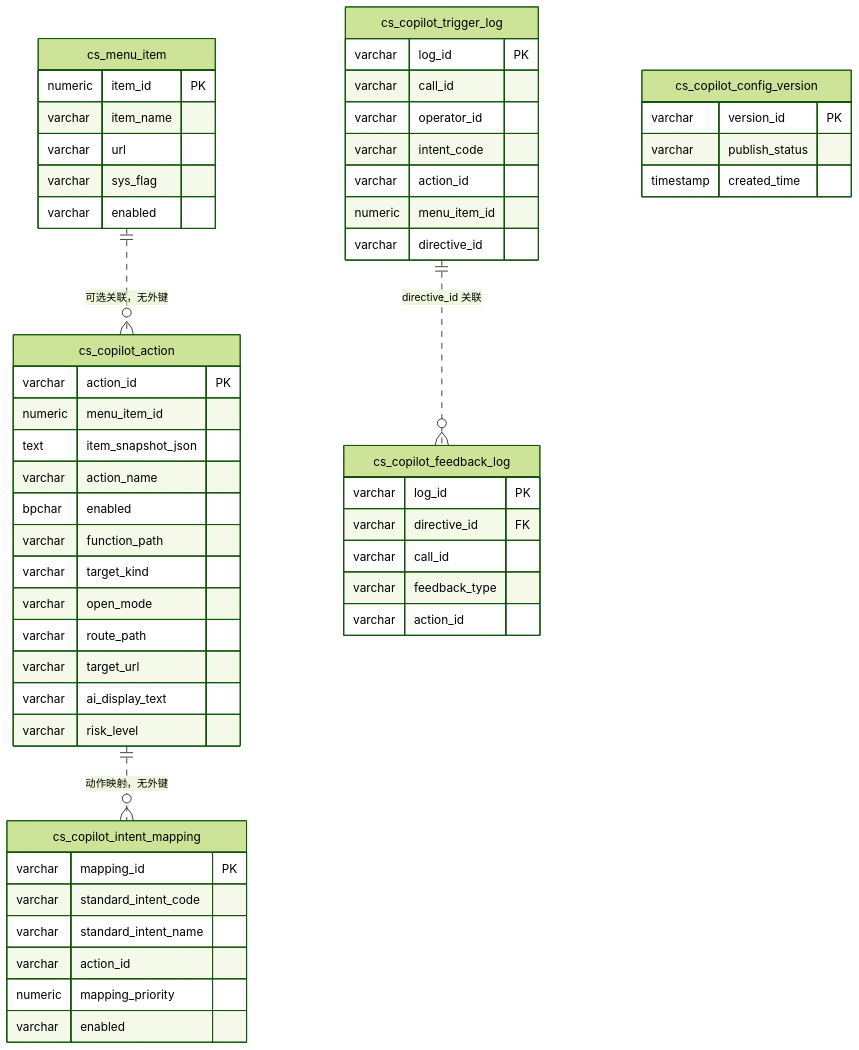
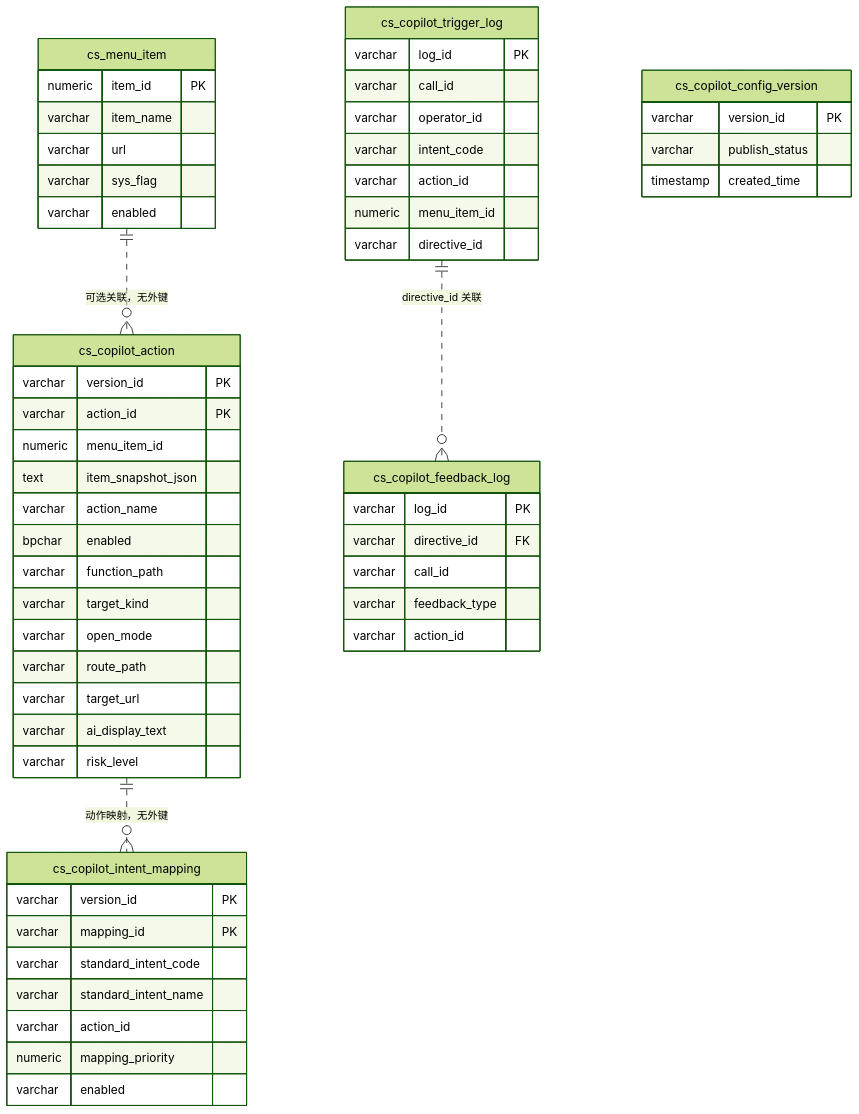
Before and after one commit to qzz617/copilot: diagram 18 of 24 in cs-copilot-service/docs/dd-v1.2.md, drawn with Mermaid (forest theme). The commit also changed other lines of this file and 17 other files, not shown here.

````diff
--- a/cs-copilot-service/docs/dd-v1.2.md
+++ b/cs-copilot-service/docs/dd-v1.2.md
@@ -2502,62 +2502,64 @@
 ```mermaid
 erDiagram
     cs_menu_item ||..o{ cs_copilot_action : "可选关联，无外键"
     cs_copilot_action ||..o{ cs_copilot_intent_mapping : "动作映射，无外键"
     cs_copilot_trigger_log ||..o{ cs_copilot_feedback_log : "directive_id 关联"
 
     cs_menu_item {
         numeric item_id PK
         varchar item_name
         varchar url
         varchar sys_flag
         varchar enabled
     }
 
     cs_copilot_action {
+        varchar version_id PK
         varchar action_id PK
         numeric menu_item_id
         text item_snapshot_json
         varchar action_name
         bpchar enabled
         varchar function_path
         varchar target_kind
         varchar open_mode
         varchar route_path
         varchar target_url
         varchar ai_display_text
         varchar risk_level
     }
 
     cs_copilot_intent_mapping {
+        varchar version_id PK
         varchar mapping_id PK
         varchar standard_intent_code
         varchar standard_intent_name
         varchar action_id
         numeric mapping_priority
         varchar enabled
     }
 
     cs_copilot_config_version {
         varchar version_id PK
         varchar publish_status
         timestamp created_time
     }
 
     cs_copilot_trigger_log {
         varchar log_id PK
         varchar call_id
         varchar operator_id
         varchar intent_code
         varchar action_id
         numeric menu_item_id
         varchar directive_id
     }
 
     cs_copilot_feedback_log {
         varchar log_id PK
         varchar directive_id FK
         varchar call_id
         varchar feedback_type
         varchar action_id
     }
 ```
````
